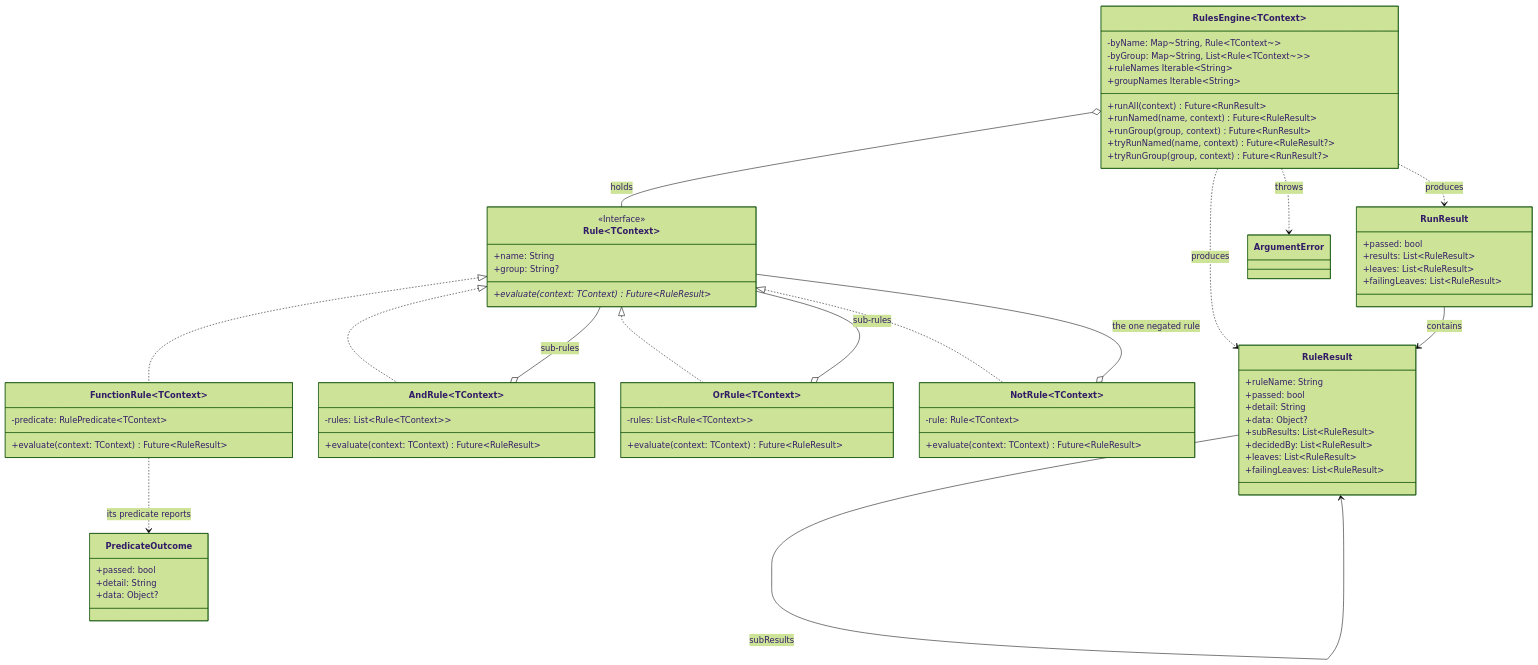
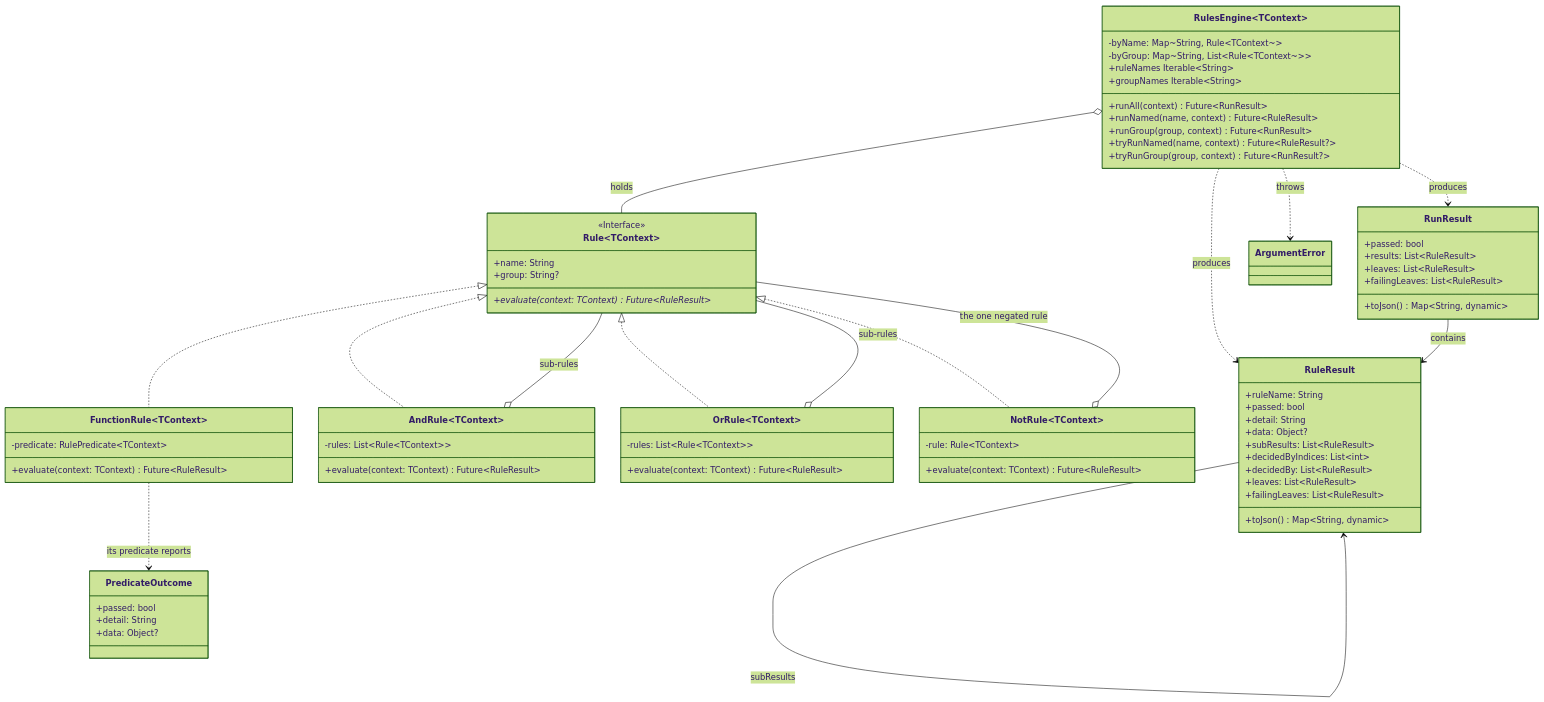
Before and after one commit to pawan-vyas/verdict-rules: the diagram in docs/architecture/dart.md, drawn with Mermaid (forest theme). The commit also changed other lines of this file and 6 other files, not shown here.

````diff
--- a/docs/architecture/dart.md
+++ b/docs/architecture/dart.md
@@ -36,72 +36,75 @@
 ```mermaid
 classDiagram
     class `Rule~TContext~` {
         <<Interface>>
         +name: String
         +group: String?
         +evaluate(context: TContext)* Future~RuleResult~
     }
     class PredicateOutcome {
         +passed: bool
         +detail: String
         +data: Object?
     }
     class `FunctionRule~TContext~` {
         -predicate: RulePredicate~TContext~
         +evaluate(context: TContext) Future~RuleResult~
     }
     class `AndRule~TContext~` {
         -rules: List~Rule~TContext~~
         +evaluate(context: TContext) Future~RuleResult~
     }
     class `OrRule~TContext~` {
         -rules: List~Rule~TContext~~
         +evaluate(context: TContext) Future~RuleResult~
     }
     class `NotRule~TContext~` {
         -rule: Rule~TContext~
         +evaluate(context: TContext) Future~RuleResult~
     }
     class `RulesEngine~TContext~` {
         -byName: Map~String, Rule~TContext~~
         -byGroup: Map~String, List~Rule~TContext~~~
         +runAll(context) Future~RunResult~
         +runNamed(name, context) Future~RuleResult~
         +runGroup(group, context) Future~RunResult~
         +tryRunNamed(name, context) Future~RuleResult?~
         +tryRunGroup(group, context) Future~RunResult?~
         +ruleNames Iterable~String~
         +groupNames Iterable~String~
     }
     class RuleResult {
         +ruleName: String
         +passed: bool
         +detail: String
         +data: Object?
         +subResults: List~RuleResult~
+        +decidedByIndices: List~int~
         +decidedBy: List~RuleResult~
         +leaves: List~RuleResult~
         +failingLeaves: List~RuleResult~
+        +toJson() Map~String, dynamic~
     }
     class RunResult {
         +passed: bool
         +results: List~RuleResult~
         +leaves: List~RuleResult~
         +failingLeaves: List~RuleResult~
+        +toJson() Map~String, dynamic~
     }
 
     `Rule~TContext~` <|.. `FunctionRule~TContext~`
     `Rule~TContext~` <|.. `AndRule~TContext~`
     `Rule~TContext~` <|.. `OrRule~TContext~`
     `Rule~TContext~` <|.. `NotRule~TContext~`
     `FunctionRule~TContext~` ..> PredicateOutcome : its predicate reports
     `AndRule~TContext~` o-- `Rule~TContext~` : sub-rules
     `OrRule~TContext~` o-- `Rule~TContext~` : sub-rules
     `NotRule~TContext~` o-- `Rule~TContext~` : the one negated rule
     `RulesEngine~TContext~` o-- `Rule~TContext~` : holds
     `RulesEngine~TContext~` ..> RuleResult : produces
     `RulesEngine~TContext~` ..> RunResult : produces
     `RulesEngine~TContext~` ..> ArgumentError : throws
     RunResult --> RuleResult : contains
     RuleResult --> RuleResult : subResults
 ```
````
